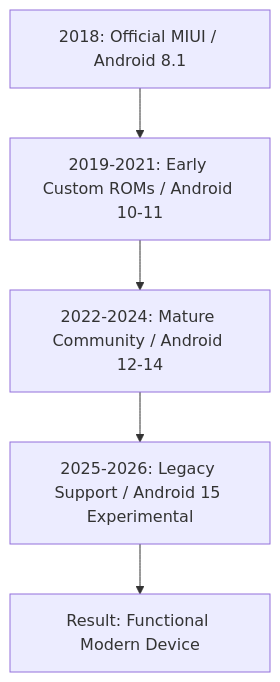
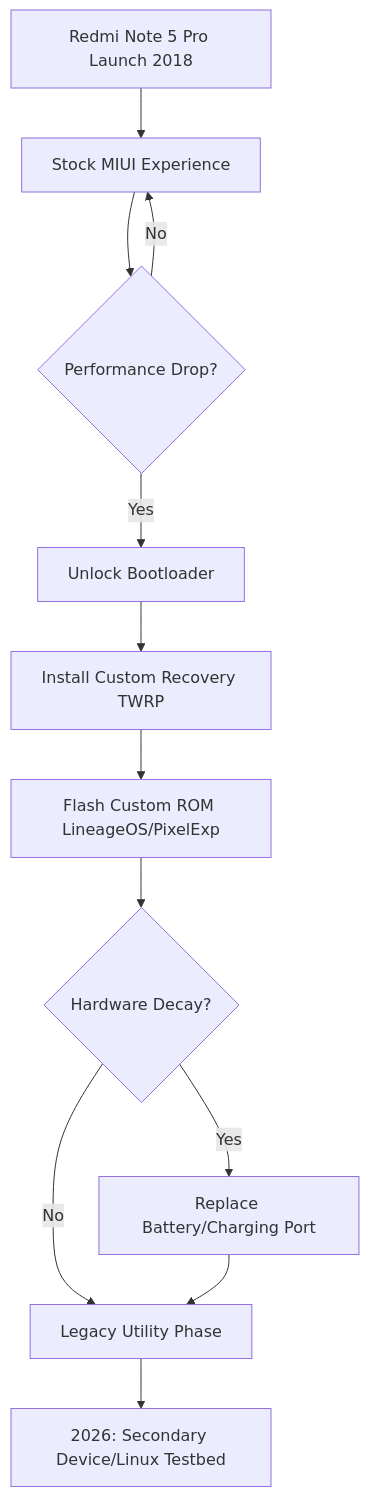
One commit to Thirupathi-pirate/ivy changed the diagram in blog-source/_posts/2026-06-29-redmi-note-5-pro.md. Above: the diagram before and after it, drawn with Mermaid. The commit also changed other lines of this file and 1 other file, not shown here.

````diff
--- a/blog-source/_posts/2026-06-29-redmi-note-5-pro.md
+++ b/blog-source/_posts/2026-06-29-redmi-note-5-pro.md
@@ -56,7 +115,14 @@
 ```mermaid
 graph TD
-    A[2018: Official MIUI / Android 8.1] --> B[2019-2021: Early Custom ROMs / Android 10-11]
-    B --> C[2022-2024: Mature Community / Android 12-14]
-    C --> D[2025-2026: Legacy Support / Android 15 Experimental]
-    D --> E[Result: Functional Modern Device]
+    A[Redmi Note 5 Pro Launch 2018] --> B[Stock MIUI Experience]
+    B --> C{Performance Drop?}
+    C -- Yes --> D[Unlock Bootloader]
+    C -- No --> B
+    D --> E[Install Custom Recovery TWRP]
+    E --> F[Flash Custom ROM LineageOS/PixelExp]
+    F --> G{Hardware Decay?}
+    G -- Yes --> H[Replace Battery/Charging Port]
+    G -- No --> I[Legacy Utility Phase]
+    H --> I
+    I --> J[2026: Secondary Device/Linux Testbed]
 ```
````
